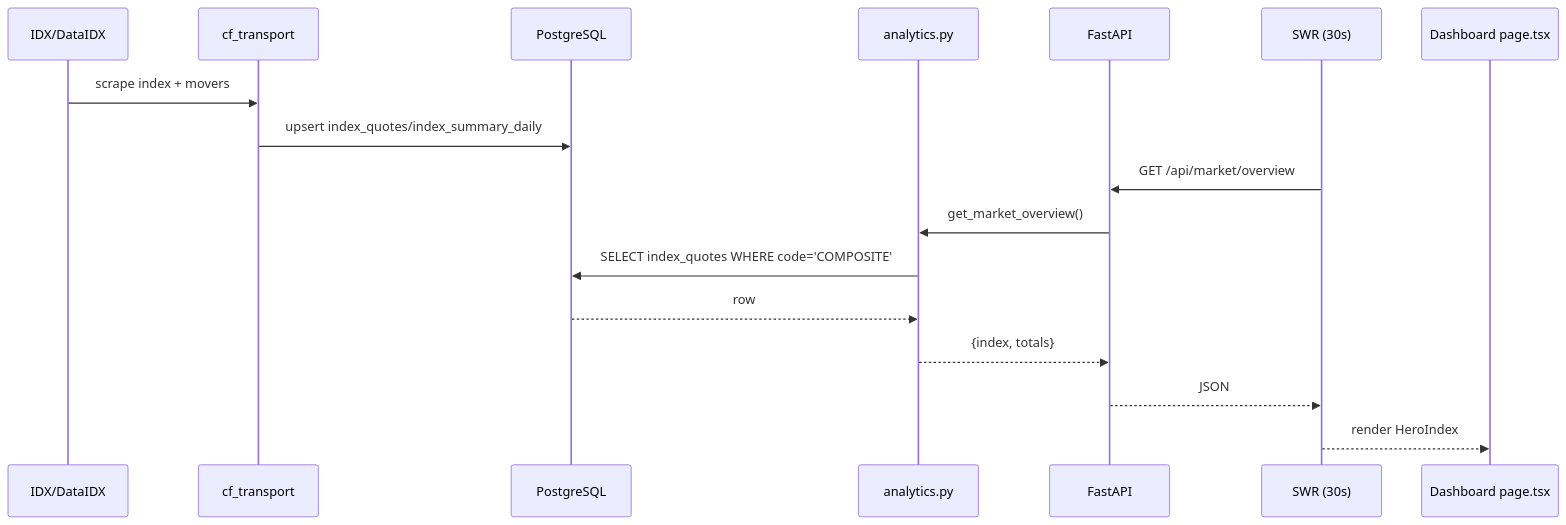
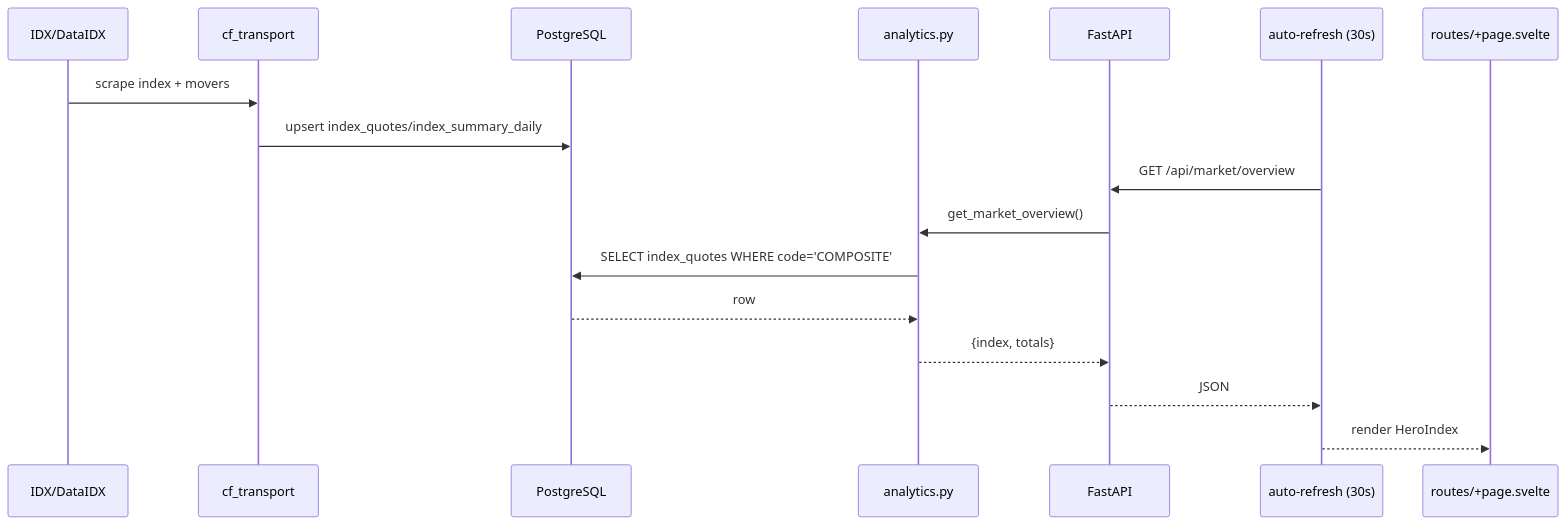
One commit to faizalajiw/idx-web changed the second of 7 diagrams in docs/README.md. Above: the diagram before and after it, drawn with Mermaid. The commit also changed other lines of this file and 30 other files, not shown here.

````diff
--- a/docs/README.md
+++ b/docs/README.md
@@ -101,19 +99,19 @@
 ```mermaid
 sequenceDiagram
     participant IDX as IDX/DataIDX
     participant CF as cf_transport
     participant PG as PostgreSQL
     participant ANA as analytics.py
     participant API as FastAPI
-    participant SWR as SWR (30s)
-    participant UI as Dashboard page.tsx
+    participant auto-refresh as auto-refresh (30s)
+    participant UI as routes/+page.svelte
     IDX->>CF: scrape index + movers
     CF->>PG: upsert index_quotes/index_summary_daily
-    SWR->>API: GET /api/market/overview
+    auto-refresh->>API: GET /api/market/overview
     API->>ANA: get_market_overview()
     ANA->>PG: SELECT index_quotes WHERE code='COMPOSITE'
     PG-->>ANA: row
     ANA-->>API: {index, totals}
-    API-->>SWR: JSON
-    SWR-->>UI: render HeroIndex
+    API-->>auto-refresh: JSON
+    auto-refresh-->>UI: render HeroIndex
 ```
````
